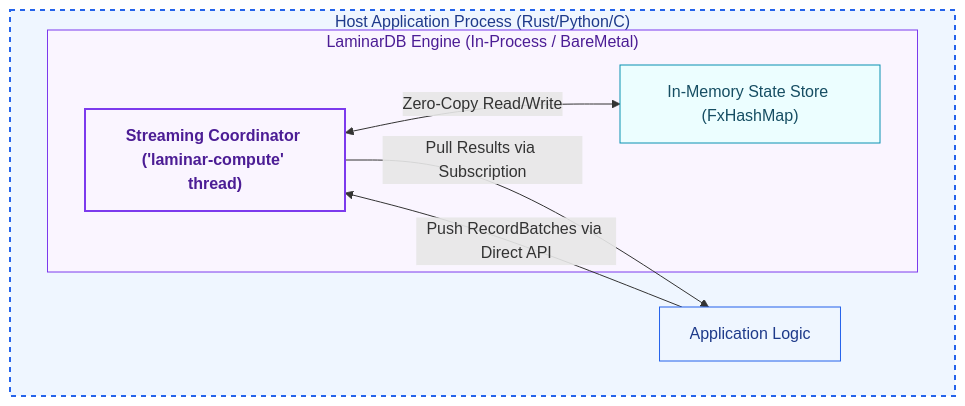
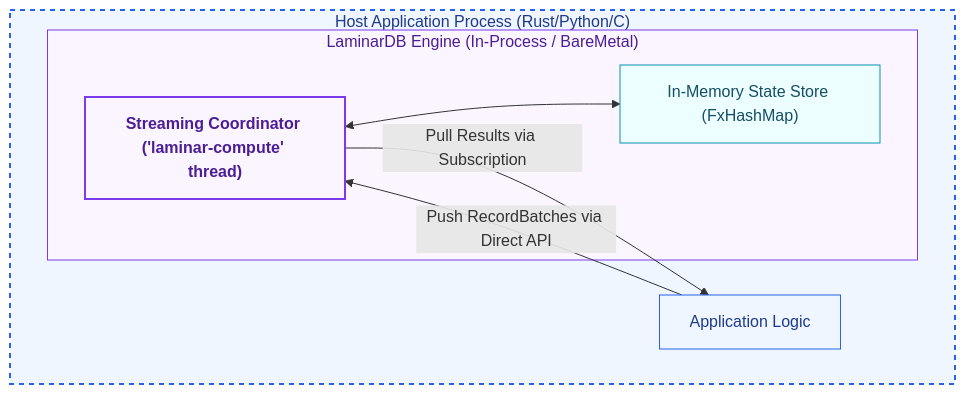
One commit to laminardb/laminardb changed the first of 5 diagrams in README.md. Above: the diagram before and after it, drawn with Mermaid. The commit also changed other lines of this file, not shown here.

Commit message:
docs: fix left-arrow and bidirectional link syntax in Mermaid diagrams

````diff
--- a/README.md
+++ b/README.md
@@ -458,21 +458,21 @@
 ```mermaid
 graph TD
     classDef hostClass fill:#eff6ff,stroke:#2563eb,stroke-width:1px,color:#1e3a8a;
     classDef appClass fill:#eff6ff,stroke:#2563eb,stroke-width:1px,color:#1e3a8a;
     classDef coordClass fill:#faf5ff,stroke:#7c3aed,stroke-width:2px,color:#4c1d95,font-weight:bold;
     classDef stateClass fill:#ecfeff,stroke:#0891b2,stroke-width:1px,color:#164e63;
 
     subgraph HostApp["Host Application Process (Rust/Python/C)"]
         App["Application Logic"]:::appClass
         subgraph Engine["LaminarDB Engine (In-Process / BareMetal)"]
             Coord["Streaming Coordinator ('laminar-compute' thread)"]:::coordClass
             InMemState["In-Memory State Store (FxHashMap)"]:::stateClass
-            Coord <-->|Zero-Copy Read/Write| InMemState
+            Coord <--> InMemState
         end
-        App -->|Push RecordBatches via Direct API| Coord
-        Coord -->|Pull Results via Subscription| App
+        App -->|"Push RecordBatches via Direct API"| Coord
+        Coord -->|"Pull Results via Subscription"| App
     end
 
     style HostApp fill:#eff6ff,stroke:#2563eb,stroke-width:2px,stroke-dasharray: 5 5,color:#1e3a8a
     style Engine fill:#faf5ff,stroke:#7c3aed,color:#4c1d95
 ```
````
